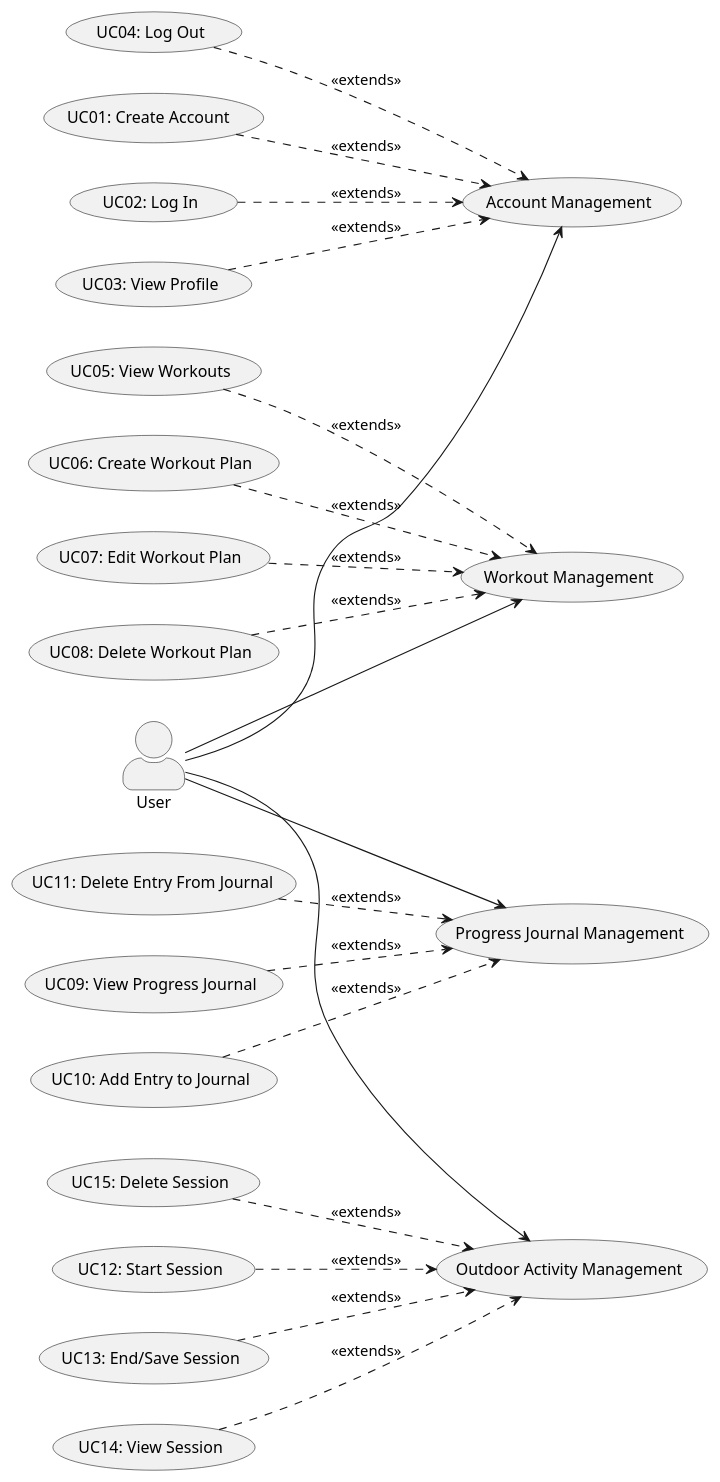
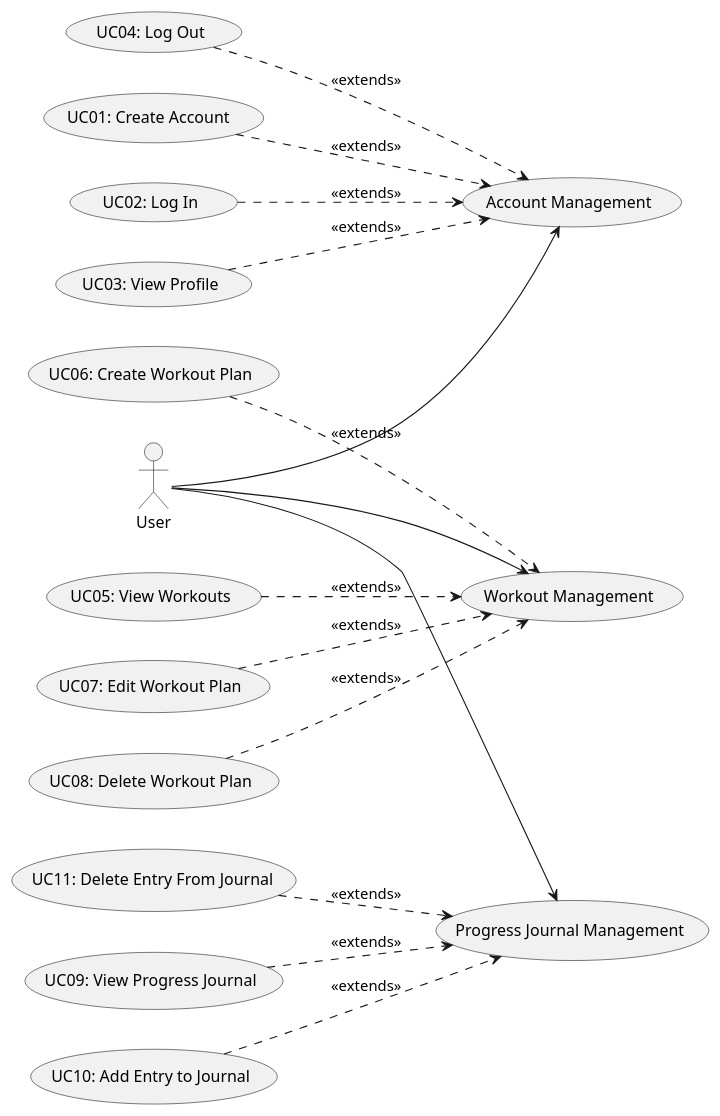
One commit to Martim690/DSSMV_ProjectDroid_1240690_1240842 changed the diagram in docs/UseCaseDiagram.puml. Above: the diagram before and after it, drawn with PlantUML. The commit also changed 6 other files, not shown here.

```diff
--- a/docs/UseCaseDiagram.puml
+++ b/docs/UseCaseDiagram.puml
@@ -1,58 +1,41 @@
 @startuml
 left to right direction
-skinparam packageStyle rectangle
-skinparam shadowing false
-skinparam actorStyle awesome
 
 actor "User" as user
-
 
 usecase "Account Management" as AM
 usecase "UC01: Create Account " as UC1
 usecase "UC02: Log In" as UC2
 usecase "UC03: View Profile" as UC3
 usecase "UC04: Log Out" as UC4
 
 usecase "Workout Management" as WM
 usecase "UC05: View Workouts" as UC5
 usecase "UC06: Create Workout Plan" as UC6
 usecase "UC07: Edit Workout Plan" as UC7
 usecase "UC08: Delete Workout Plan" as UC8
 
 usecase "Progress Journal Management" as PJM
 usecase "UC09: View Progress Journal" as UC9
 usecase "UC10: Add Entry to Journal" as UC10
 usecase "UC11: Delete Entry From Journal" as UC11
 
 
-usecase "Outdoor Activity Management" as OAM
-usecase "UC12: Start Session" as UC12
-usecase "UC13: End/Save Session" as UC13
-usecase "UC14: View Session" as UC14
-usecase "UC15: Delete Session" as UC15
-
-
 user --> AM
 UC1 ..> AM : <<extends>>
 UC2 ..> AM : <<extends>>
 UC3 ..> AM : <<extends>>
 UC4 ..> AM : <<extends>>
 
 user --> WM
 UC5 ..> WM : <<extends>>
 UC6 ..> WM : <<extends>>
 UC7 ..> WM : <<extends>>
 UC8 ..> WM : <<extends>>
 
 user --> PJM
 UC9 ..> PJM : <<extends>>
 UC10 ..> PJM : <<extends>>
 UC11 ..> PJM : <<extends>>
 
-user --> OAM
-UC12 ..> OAM : <<extends>>
-UC13 ..> OAM : <<extends>>
-UC14 ..> OAM : <<extends>>
-UC15 ..> OAM : <<extends>>
-
 @enduml
```
